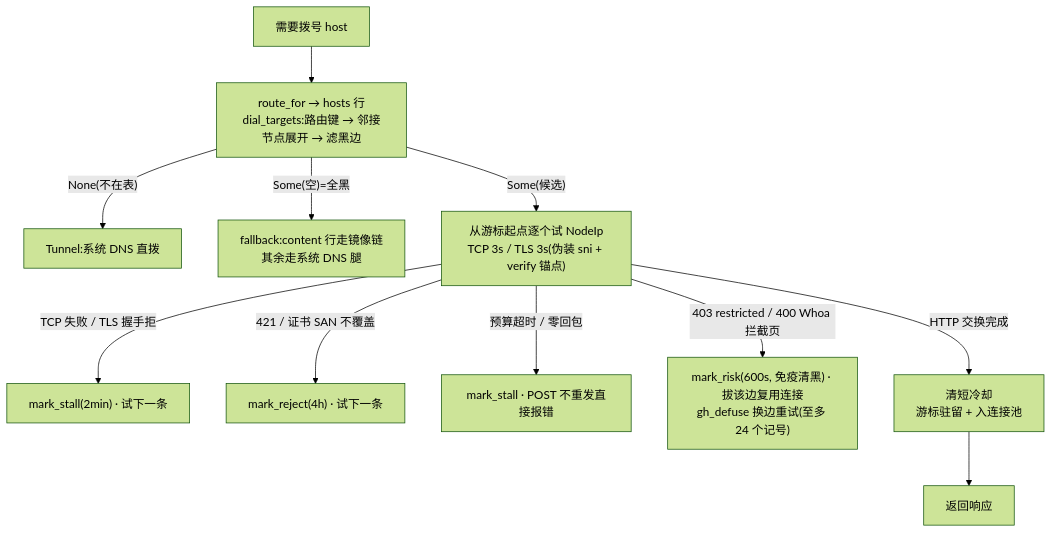
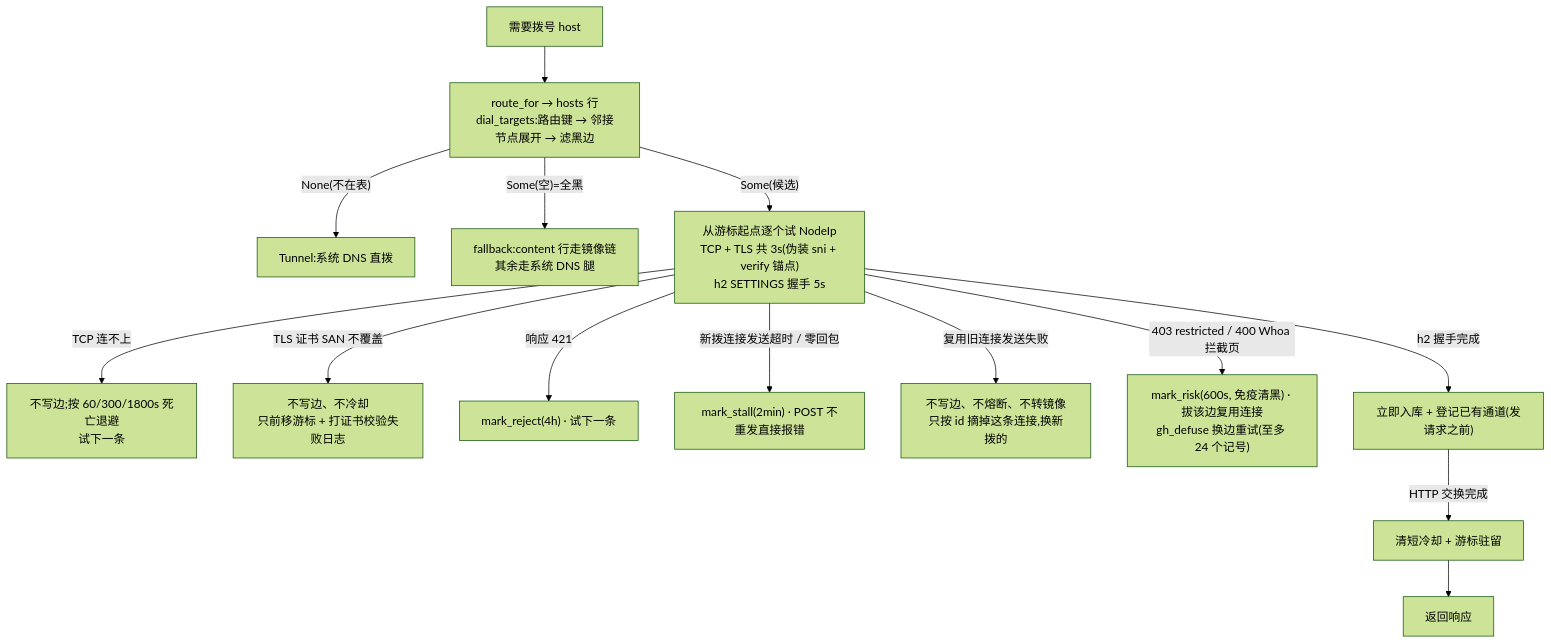
The second of 2 diagrams in docs/ARCHITECTURE.md (zhidian-cmd/gitport-github), drawn with Mermaid (forest theme) before and after one commit. The commit also changed other lines of this file and 7 other files, not shown here.

````diff
--- a/docs/ARCHITECTURE.md
+++ b/docs/ARCHITECTURE.md
@@ -109,13 +114,16 @@
 ```mermaid
 flowchart TD
     S["需要拨号 host"] --> A["route_for → hosts 行<br/>dial_targets:路由键 → 邻接节点展开 → 滤黑边"]
     A -->|"None(不在表)"| TUN["Tunnel:系统 DNS 直拨"]
     A -->|"Some(空)=全黑"| FB["fallback:content 行走镜像链<br/>其余走系统 DNS 腿"]
-    A -->|"Some(候选)"| X["从游标起点逐个试 NodeIp<br/>TCP 3s / TLS 3s(伪装 sni + verify 锚点)"]
-    X -->|"TCP 失败 / TLS 握手拒"| Y["mark_stall(2min) · 试下一条"]
-    X -->|"421 / 证书 SAN 不覆盖"| Z["mark_reject(4h) · 试下一条"]
-    X -->|"预算超时 / 零回包"| AB["mark_stall · POST 不重发直接报错"]
+    A -->|"Some(候选)"| X["从游标起点逐个试 NodeIp<br/>TCP + TLS 共 3s(伪装 sni + verify 锚点)<br/>h2 SETTINGS 握手 5s"]
+    X -->|"TCP 连不上"| Y["不写边;按 60/300/1800s 死亡退避<br/>试下一条"]
+    X -->|"TLS 证书 SAN 不覆盖"| Z["不写边、不冷却<br/>只前移游标 + 打证书校验失败日志"]
+    X -->|"响应 421"| RJ["mark_reject(4h) · 试下一条"]
+    X -->|"新拨连接发送超时 / 零回包"| AB["mark_stall(2min) · POST 不重发直接报错"]
+    X -->|"复用旧连接发送失败"| RP["不写边、不熔断、不转镜像<br/>只按 id 摘掉这条连接,换新拨的"]
     X -->|"403 restricted / 400 Whoa 拦截页"| AE["mark_risk(600s, 免疫清黑) · 拔该边复用连接<br/>gh_defuse 换边重试(至多 24 个记号)"]
-    X -->|"HTTP 交换完成"| AC["清短冷却<br/>游标驻留 + 入连接池"]
+    X -->|"h2 握手完成"| ST["立即入库 + 登记已有通道(发请求之前)"]
+    ST -->|"HTTP 交换完成"| AC["清短冷却 + 游标驻留"]
     AC --> DONE["返回响应"]
 ```
````
